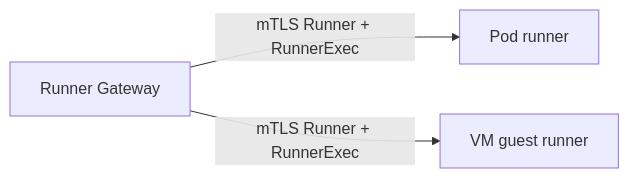
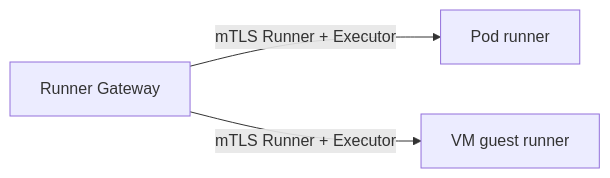
The third of 8 diagrams in agentplane/docs/system_overview.md (agentydragon/ducktape), drawn with Mermaid before and after one commit. The commit also changed other lines of this file and 47 other files, not shown here.

````diff
--- a/agentplane/docs/system_overview.md
+++ b/agentplane/docs/system_overview.md
@@ -74,8 +75,8 @@
 ```mermaid
 flowchart LR
     gateway[Runner Gateway]
     pod[Pod runner]
     guest[VM guest runner]
-    gateway -->|mTLS Runner + RunnerExec| pod
-    gateway -->|mTLS Runner + RunnerExec| guest
+    gateway -->|mTLS Runner + Executor| pod
+    gateway -->|mTLS Runner + Executor| guest
 ```
````
